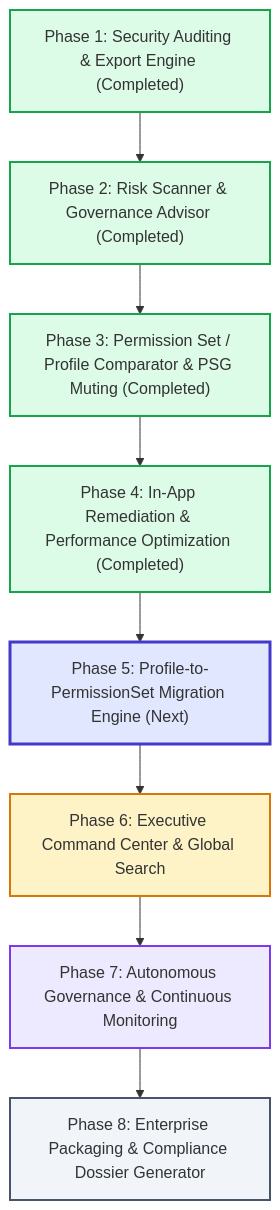
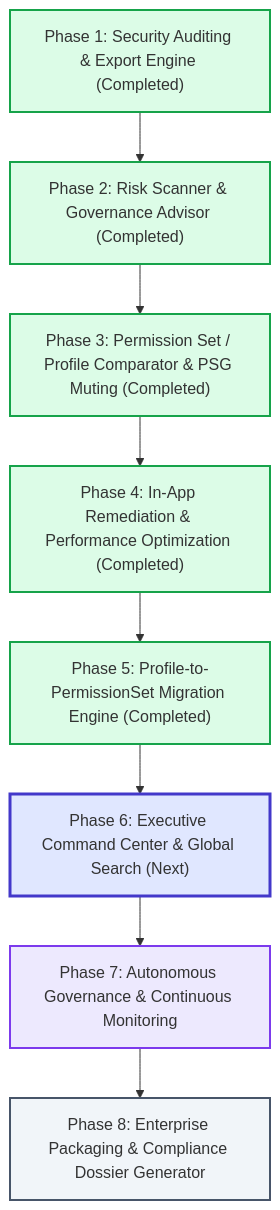
Before and after one commit to rupesh0/salesforce-permissions: the diagram in roadmap/ROADMAP.md, drawn with Mermaid. The commit also changed other lines of this file and 12 other files, not shown here.

Commit message:
feat: add profile migration tool with LWC, Apex controller, and metadata components

````diff
--- a/roadmap/ROADMAP.md
+++ b/roadmap/ROADMAP.md
@@ -11,19 +11,19 @@
 ```mermaid
 graph TD
     P1["Phase 1: Security Auditing & Export Engine (Completed)"] --> P2["Phase 2: Risk Scanner & Governance Advisor (Completed)"]
     P2 --> P3["Phase 3: Permission Set / Profile Comparator & PSG Muting (Completed)"]
     P3 --> P4["Phase 4: In-App Remediation & Performance Optimization (Completed)"]
-    P4 --> P5["Phase 5: Profile-to-PermissionSet Migration Engine (Next)"]
-    P5 --> P6["Phase 6: Executive Command Center & Global Search"]
+    P4 --> P5["Phase 5: Profile-to-PermissionSet Migration Engine (Completed)"]
+    P5 --> P6["Phase 6: Executive Command Center & Global Search (Next)"]
     P6 --> P7["Phase 7: Autonomous Governance & Continuous Monitoring"]
     P7 --> P8["Phase 8: Enterprise Packaging & Compliance Dossier Generator"]
 
     style P1 fill:#dcfce7,stroke:#16a34a,stroke-width:2px
     style P2 fill:#dcfce7,stroke:#16a34a,stroke-width:2px
     style P3 fill:#dcfce7,stroke:#16a34a,stroke-width:2px
     style P4 fill:#dcfce7,stroke:#16a34a,stroke-width:2px
-    style P5 fill:#e0e7ff,stroke:#4338ca,stroke-width:3px
-    style P6 fill:#fef3c7,stroke:#d97706,stroke-width:2px
+    style P5 fill:#dcfce7,stroke:#16a34a,stroke-width:2px
+    style P6 fill:#e0e7ff,stroke:#4338ca,stroke-width:3px
     style P7 fill:#ede9fe,stroke:#7c3aed,stroke-width:2px
     style P8 fill:#f1f5f9,stroke:#475569,stroke-width:2px
 ```
````
